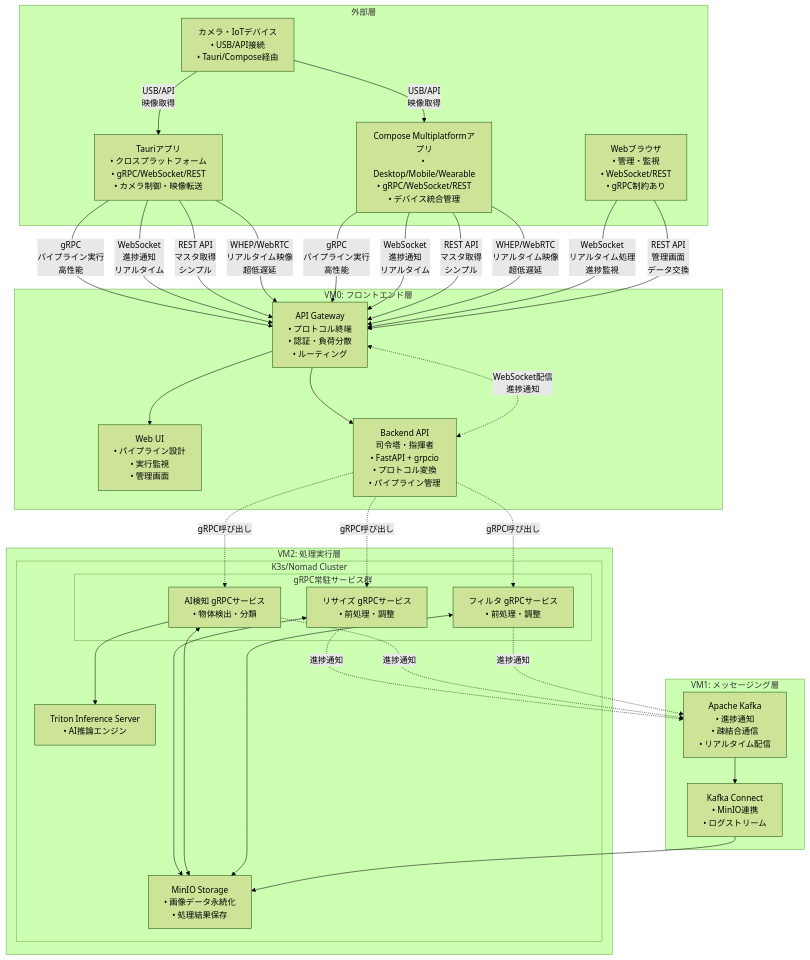
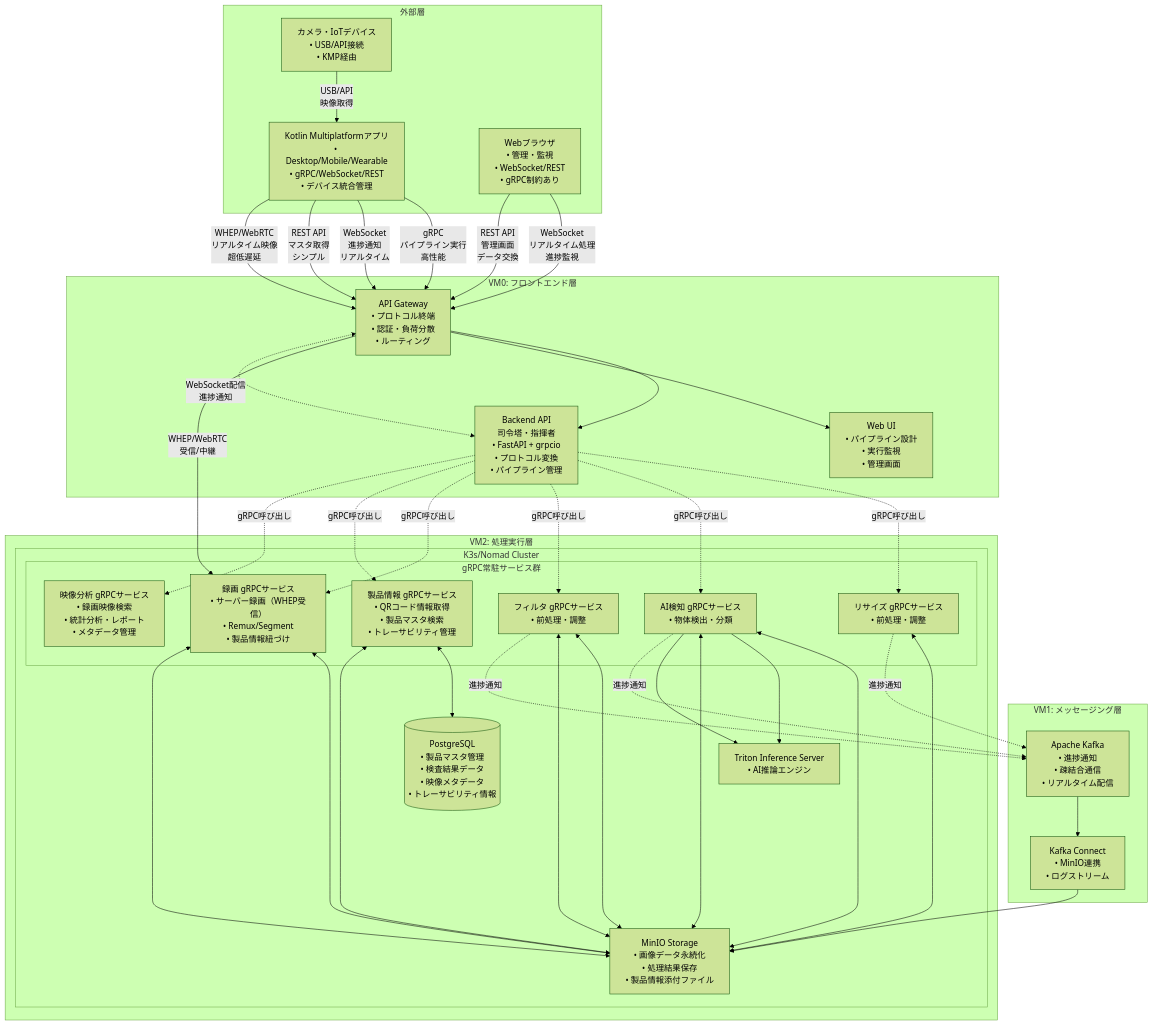
Before and after one commit to daichiTAAA/ImageFlowCanvas: the first of 3 diagrams in docs/0300_設計_アプローチ1/0300_システム基本設計.md, drawn with Mermaid (forest theme). The commit also changed other lines of this file and 64 other files, not shown here.

````diff
--- a/docs/0300_設計_アプローチ1/0300_システム基本設計.md
+++ b/docs/0300_設計_アプローチ1/0300_システム基本設計.md
@@ -44,10 +44,9 @@
 ```mermaid
 graph TB
     subgraph "外部層"
-        TauriApp[Tauriアプリ<br/>• クロスプラットフォーム<br/>• gRPC/WebSocket/REST<br/>• カメラ制御・映像転送]
-        ComposeApp[Compose Multiplatformアプリ<br/>• Desktop/Mobile/Wearable<br/>• gRPC/WebSocket/REST<br/>• デバイス統合管理]
+        KMPApp[Kotlin Multiplatformアプリ<br/>• Desktop/Mobile/Wearable<br/>• gRPC/WebSocket/REST<br/>• デバイス統合管理]
         WebClient[Webブラウザ<br/>• 管理・監視<br/>• WebSocket/REST<br/>• gRPC制約あり]
-        Camera[カメラ・IoTデバイス<br/>• USB/API接続<br/>• Tauri/Compose経由]
+        Camera[カメラ・IoTデバイス<br/>• USB/API接続<br/>• KMP経由]
     end
     
     subgraph "VM0: フロントエンド層"
@@ -63,31 +62,28 @@
     
     subgraph "VM2: 処理実行層"
         subgraph "K3s/Nomad Cluster"
-            MinIO[MinIO Storage<br/>• 画像データ永続化<br/>• 処理結果保存]
+            MinIO[MinIO Storage<br/>• 画像データ永続化<br/>• 処理結果保存<br/>• 製品情報添付ファイル]
+            Database[(PostgreSQL<br/>• 製品マスタ管理<br/>• 検査結果データ<br/>• 映像メタデータ<br/>• トレーサビリティ情報)]
             subgraph "gRPC常駐サービス群"
                 ResizeService[リサイズ gRPCサービス<br/>• 前処理・調整]
                 AIService[AI検知 gRPCサービス<br/>• 物体検出・分類]
                 FilterService[フィルタ gRPCサービス<br/>• 前処理・調整]
+                RecordingService[録画 gRPCサービス<br/>• サーバー録画（WHEP受信）<br/>• Remux/Segment<br/>• 製品情報紐づけ]
+                ProductService[製品情報 gRPCサービス<br/>• QRコード情報取得<br/>• 製品マスタ検索<br/>• トレーサビリティ管理]
+                VideoAnalysisService[映像分析 gRPCサービス<br/>• 録画映像検索<br/>• 統計分析・レポート<br/>• メタデータ管理]
             end
             TritonServer[Triton Inference Server<br/>• AI推論エンジン]
         end
     end
     
     %% カメラからアプリへ
-    Camera -->|USB/API<br/>映像取得| TauriApp
-    Camera -->|USB/API<br/>映像取得| ComposeApp
+    Camera -->|USB/API<br/>映像取得| KMPApp
     
-    %% Tauriアプリの通信（適材適所）
-    TauriApp -->|gRPC<br/>パイプライン実行<br/>高性能| Gateway
-    TauriApp -->|WebSocket<br/>進捗通知<br/>リアルタイム| Gateway
-    TauriApp -->|REST API<br/>マスタ取得<br/>シンプル| Gateway
-    TauriApp -->|WHEP/WebRTC<br/>リアルタイム映像<br/>超低遅延| Gateway
-    
-    %% Compose Multiplatformアプリの通信
-    ComposeApp -->|gRPC<br/>パイプライン実行<br/>高性能| Gateway
-    ComposeApp -->|WebSocket<br/>進捗通知<br/>リアルタイム| Gateway
-    ComposeApp -->|REST API<br/>マスタ取得<br/>シンプル| Gateway
-    ComposeApp -->|WHEP/WebRTC<br/>リアルタイム映像<br/>超低遅延| Gateway
+    %% Kotlin Multiplatformアプリの通信
+    KMPApp -->|gRPC<br/>パイプライン実行<br/>高性能| Gateway
+    KMPApp -->|WebSocket<br/>進捗通知<br/>リアルタイム| Gateway
+    KMPApp -->|REST API<br/>マスタ取得<br/>シンプル| Gateway
+    KMPApp -->|WHEP/WebRTC<br/>リアルタイム映像<br/>超低遅延| Gateway
     
     %% Webブラウザの通信（gRPC制約あり）
     WebClient -->|WebSocket<br/>リアルタイム処理<br/>進捗監視| Gateway
@@ -101,12 +97,25 @@
     Backend -.->|gRPC呼び出し| ResizeService
     Backend -.->|gRPC呼び出し| AIService
     Backend -.->|gRPC呼び出し| FilterService
+    Backend -.->|gRPC呼び出し| RecordingService
+    Backend -.->|gRPC呼び出し| ProductService
+    Backend -.->|gRPC呼び出し| VideoAnalysisService
     
     %% ストレージアクセス
     ResizeService <--> MinIO
     AIService <--> MinIO
     FilterService <--> MinIO
+    RecordingService <--> MinIO
+    ProductService <--> Database
+    ProductService <--> MinIO
     AIService --> TritonServer
+    AIService <--> MinIO
+    FilterService <--> MinIO
+    RecordingService <--> MinIO
+    AIService --> TritonServer
+
+    %% WebRTC/WHEP中継とサーバー録画
+    Gateway -->|WHEP/WebRTC<br/>受信/中継| RecordingService
     
     %% 疎結合通知（Kafka）
     ResizeService -.->|進捗通知| Kafka
````
